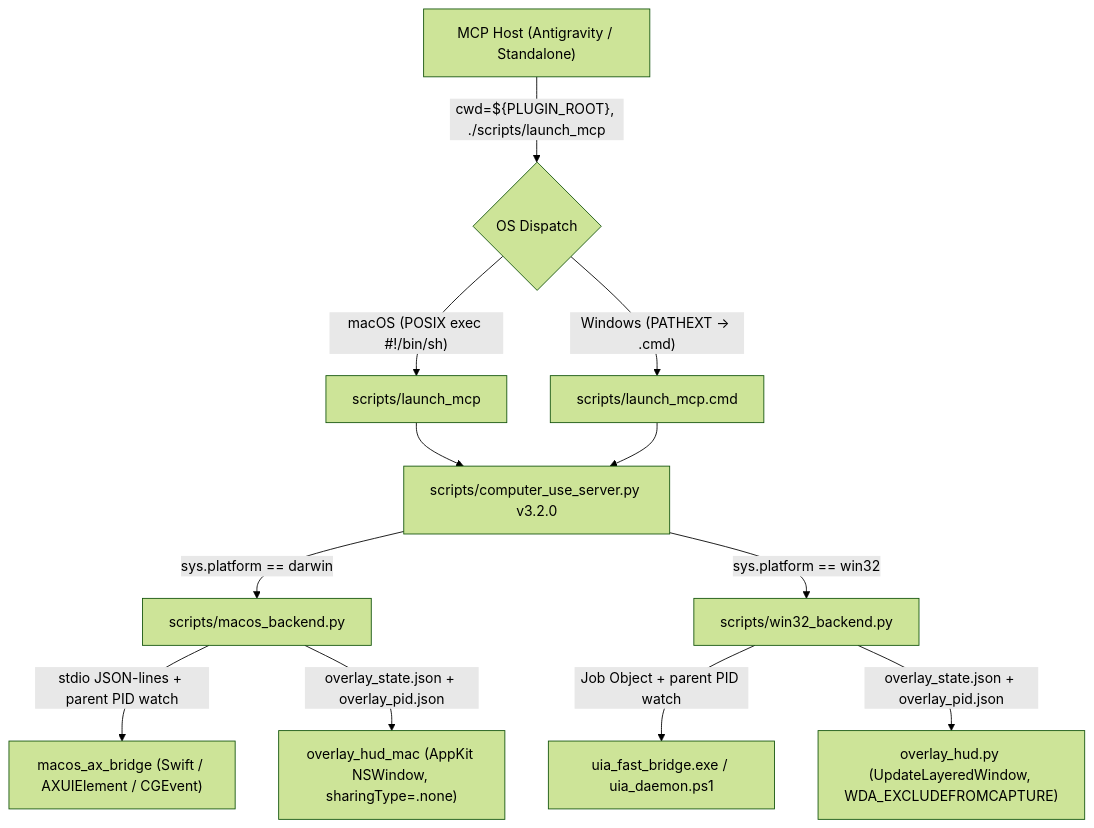
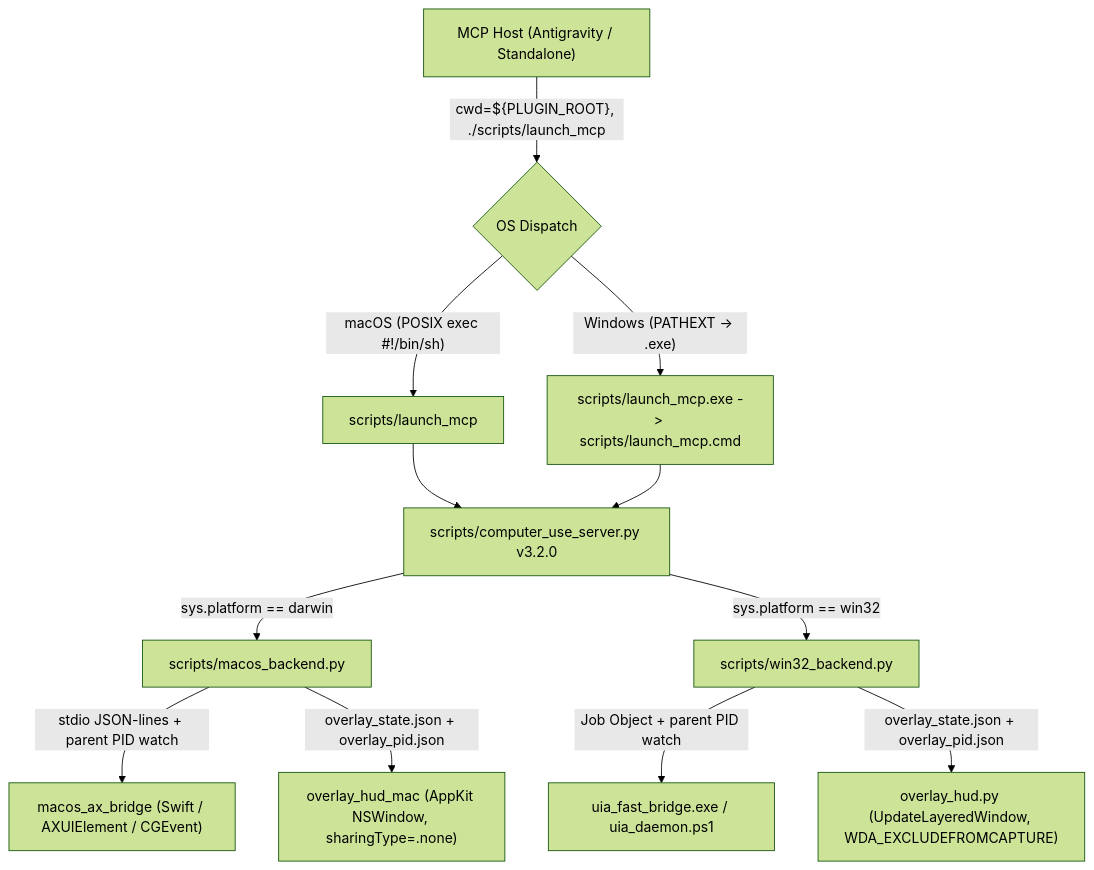
The diagram in ARCHITECTURE.md (908akash/Antigravity-Computer-Use-Plugin), drawn with Mermaid (forest theme) before and after one commit. The commit also changed other lines of this file and 16 other files, not shown here.

Commit message:
Harden cross-platform security boundaries, HUD lifecycle, and Windows MCP launcher

````diff
--- a/ARCHITECTURE.md
+++ b/ARCHITECTURE.md
@@ -9,14 +9,14 @@
 ```mermaid
 flowchart TD
     Host["MCP Host (Antigravity / Standalone)"] -->|"cwd=${PLUGIN_ROOT}, ./scripts/launch_mcp"| Dispatch{"OS Dispatch"}
     Dispatch -->|"macOS (POSIX exec #!/bin/sh)"| LaunchMac["scripts/launch_mcp"]
-    Dispatch -->|"Windows (PATHEXT -> .cmd)"| LaunchWin["scripts/launch_mcp.cmd"]
+    Dispatch -->|"Windows (PATHEXT -> .exe)"| LaunchWin["scripts/launch_mcp.exe -> scripts/launch_mcp.cmd"]
     LaunchMac --> Server["scripts/computer_use_server.py v3.2.0"]
     LaunchWin --> Server
     Server -->|"sys.platform == darwin"| MacBE["scripts/macos_backend.py"]
     Server -->|"sys.platform == win32"| WinBE["scripts/win32_backend.py"]
     MacBE -->|"stdio JSON-lines + parent PID watch"| MacBridge["macos_ax_bridge (Swift / AXUIElement / CGEvent)"]
     MacBE -->|"overlay_state.json + overlay_pid.json"| MacHUD["overlay_hud_mac (AppKit NSWindow, sharingType=.none)"]
     WinBE -->|"Job Object + parent PID watch"| WinUIA["uia_fast_bridge.exe / uia_daemon.ps1"]
     WinBE -->|"overlay_state.json + overlay_pid.json"| WinHUD["overlay_hud.py (UpdateLayeredWindow, WDA_EXCLUDEFROMCAPTURE)"]
 ```
````
